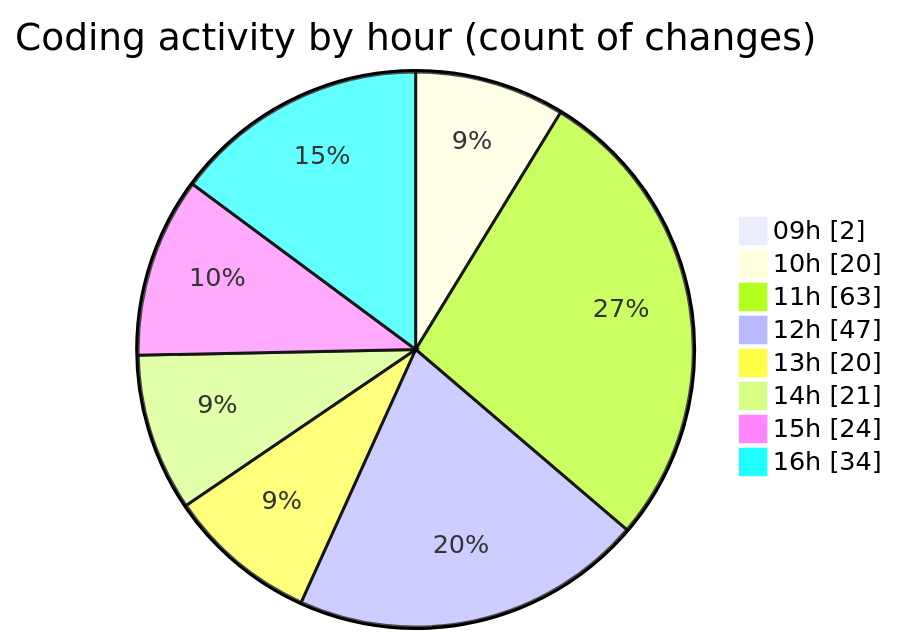
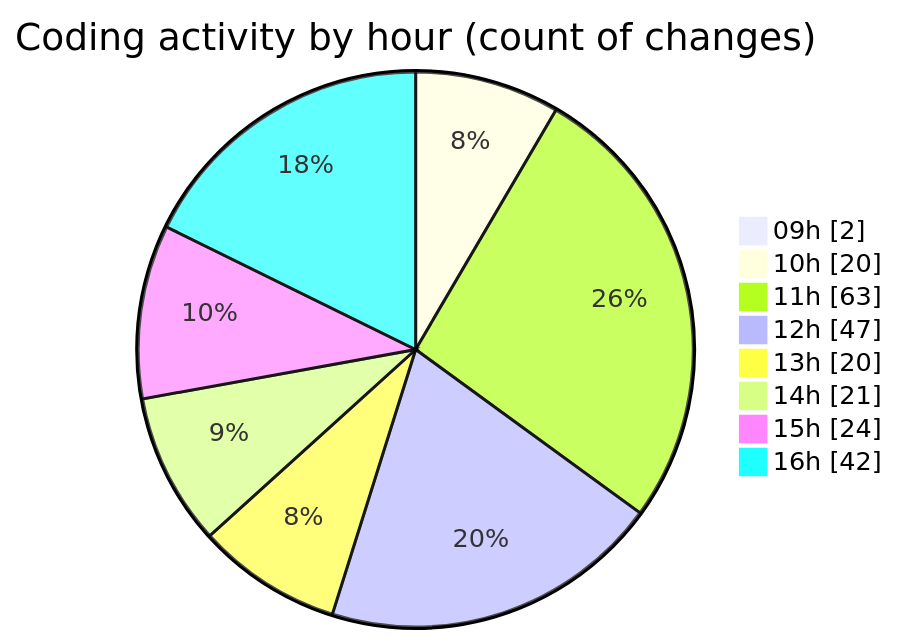
One commit to momahboobian/code-tracking changed the second of 2 diagrams in 2025-04-08/cda/README.md. Above: the diagram before and after it, drawn with Mermaid. The commit also changed other lines of this file and 1 other file, not shown here.

````diff
--- a/2025-04-08/cda/README.md
+++ b/2025-04-08/cda/README.md
@@ -43,12 +45,12 @@
 ```mermaid
 pie showData
 title Coding activity by hour (count of changes)
 "09h" : 2
 "10h" : 20
 "11h" : 63
 "12h" : 47
 "13h" : 20
 "14h" : 21
 "15h" : 24
-"16h" : 34
+"16h" : 42
 ```
````
